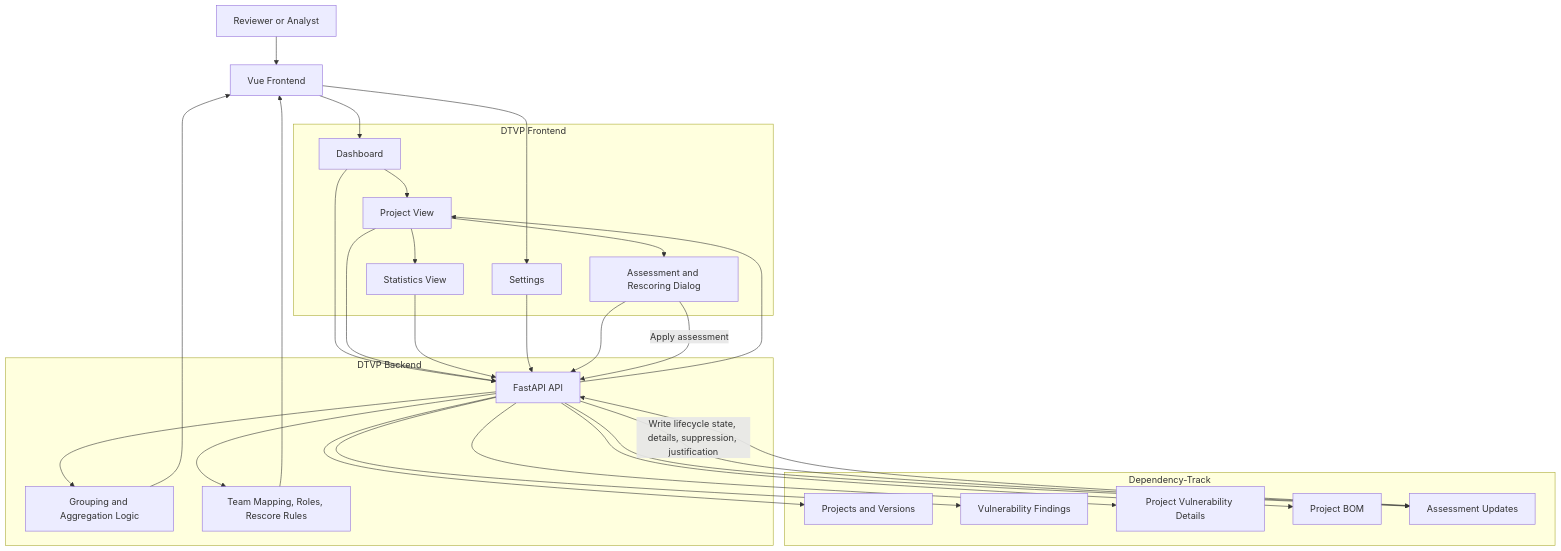
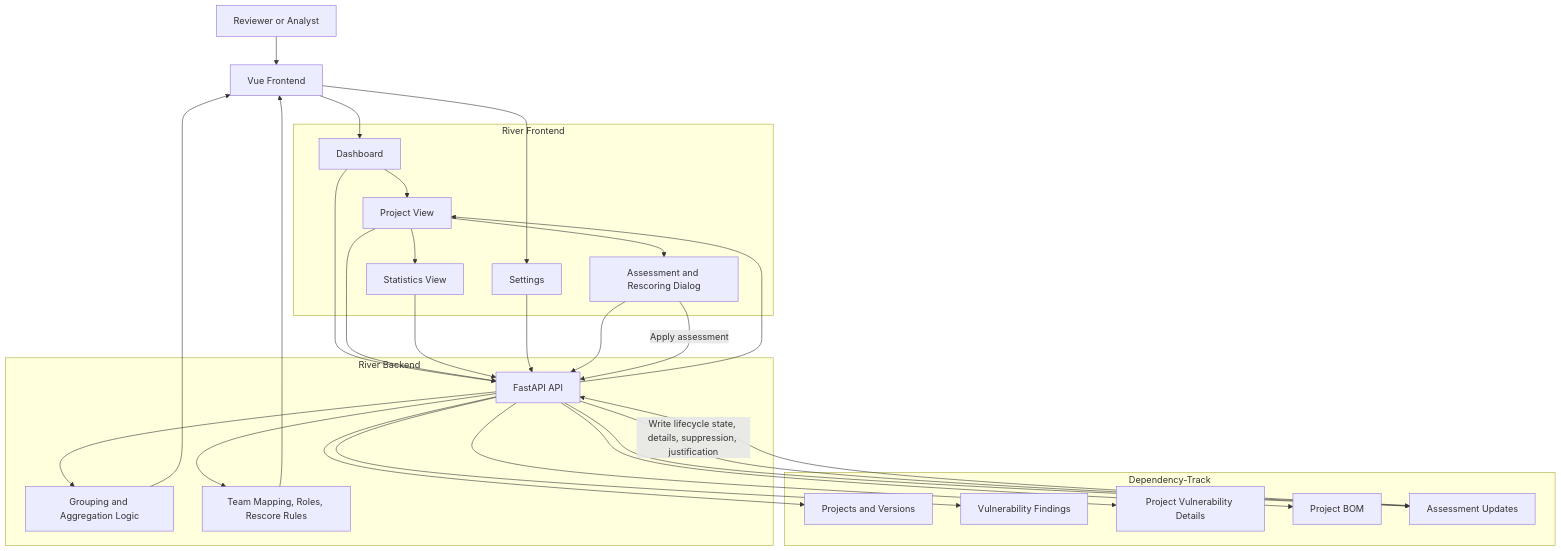
The first of 2 diagrams in docs/workflow-flowcharts.md (phbaer/dtvp), drawn with Mermaid before and after one commit. The commit also changed other lines of this file and 169 other files, not shown here.

First line of the commit message:
feat(brand): rename the product from DTVP to River

````diff
--- a/docs/workflow-flowcharts.md
+++ b/docs/workflow-flowcharts.md
@@ -7,54 +7,54 @@
 ```mermaid
 flowchart TD
     User[Reviewer or Analyst] --> UI[Vue Frontend]
 
-    subgraph Frontend["DTVP Frontend"]
+    subgraph Frontend["River Frontend"]
         Dashboard[Dashboard]
         ProjectView[Project View]
         Statistics[Statistics View]
         Settings[Settings]
         RescoreDialog[Assessment and Rescoring Dialog]
     end
 
     UI --> Dashboard
     Dashboard --> ProjectView
     ProjectView --> Statistics
     ProjectView --> RescoreDialog
     UI --> Settings
 
-    subgraph Backend["DTVP Backend"]
+    subgraph Backend["River Backend"]
         API[FastAPI API]
         Grouping[Grouping and Aggregation Logic]
         Rules[Team Mapping, Roles, Rescore Rules]
     end
 
     subgraph DT["Dependency-Track"]
         Projects[Projects and Versions]
         Findings[Vulnerability Findings]
         FullVulns[Project Vulnerability Details]
         BOM[Project BOM]
         Updates[Assessment Updates]
     end
 
     Dashboard --> API
     ProjectView --> API
     Statistics --> API
     Settings --> API
     RescoreDialog --> API
 
     API --> Projects
     API --> Findings
     API --> FullVulns
     API --> BOM
     API --> Updates
 
     API --> Grouping
     API --> Rules
     Grouping --> UI
     Rules --> UI
 
     RescoreDialog -->|Apply assessment| API
     API -->|Write lifecycle state, details, suppression, justification| Updates
     Updates --> API
     API --> ProjectView
 ```
````
